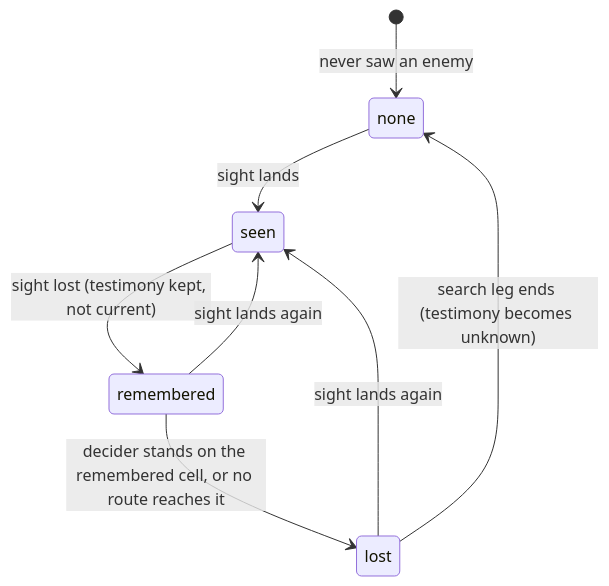
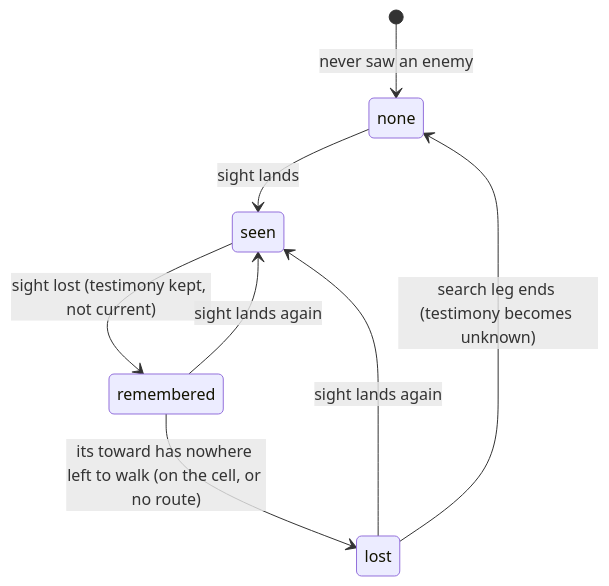
Before and after one commit to KirkDiggler/rpg-project: the diagram in ideas/smarter-monsters/design.md, drawn with Mermaid. The commit also changed other lines of this file and 1 other file, not shown here.

First line of the commit message:
design(smarter-monsters): R8 — only the creature's own pursuit revises its memory (rpg-project#668)

````diff
--- a/ideas/smarter-monsters/design.md
+++ b/ideas/smarter-monsters/design.md
@@ -5,10 +5,10 @@
 ```mermaid
 stateDiagram-v2
     [*] --> none: never saw an enemy
     none --> seen: sight lands
     seen --> remembered: sight lost (testimony kept, not current)
     remembered --> seen: sight lands again
-    remembered --> lost: decider stands on the remembered cell, or no route reaches it
+    remembered --> lost: its toward has nowhere left to walk (on the cell, or no route)
     lost --> seen: sight lands again
     lost --> none: search leg ends (testimony becomes unknown)
 ```
````
